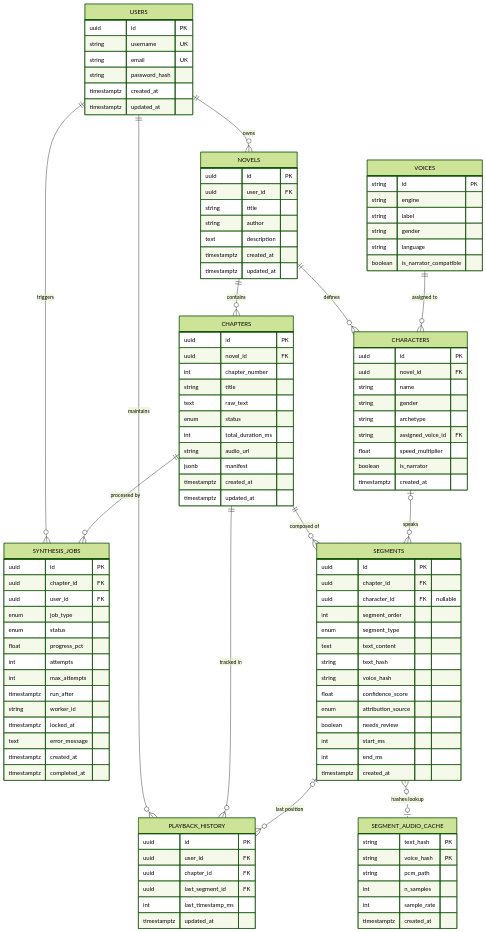
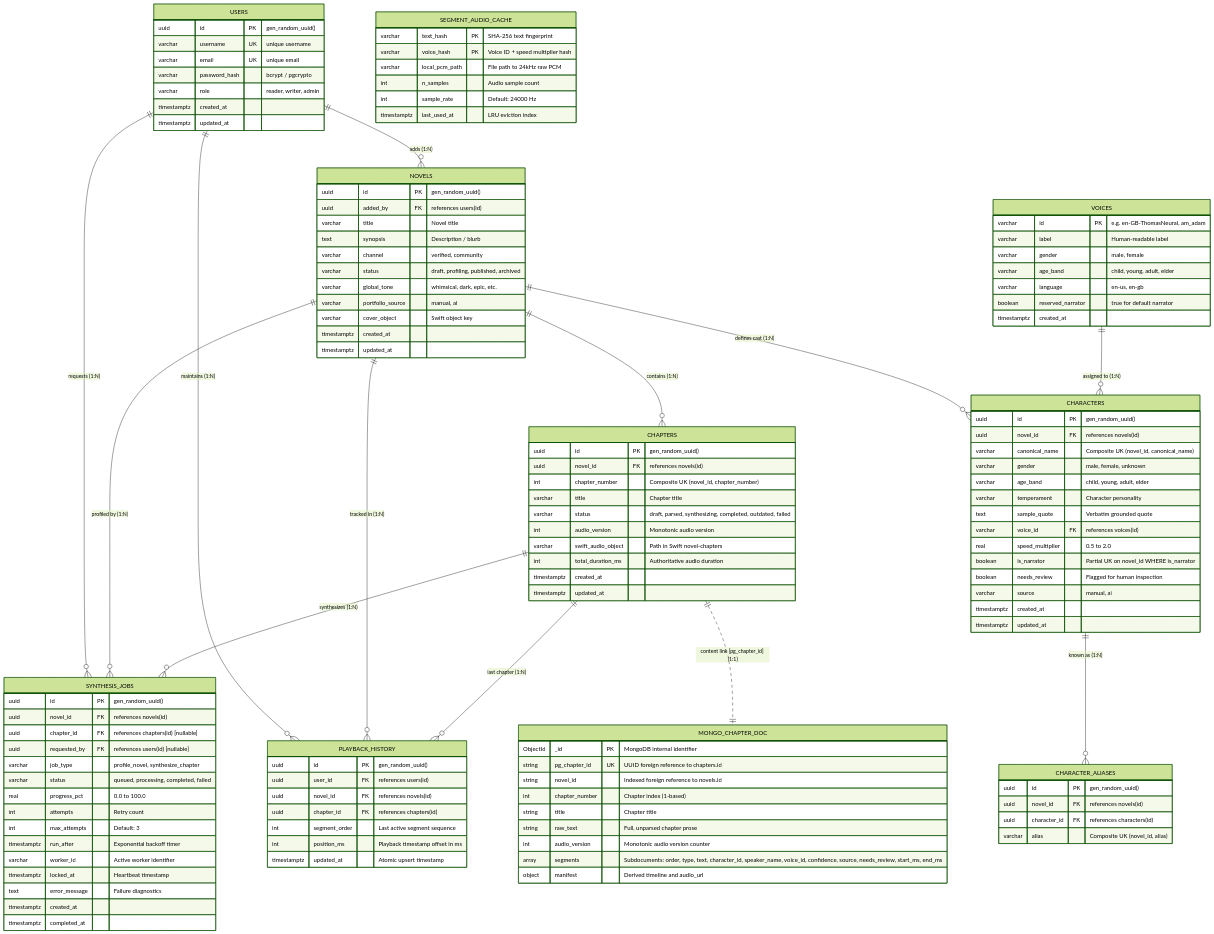
One commit to Faizan-902/SyncTone- changed the first of 4 diagrams in project.md. Above: the diagram before and after it, drawn with Mermaid (forest theme). The commit also changed other lines of this file and 19 other files, not shown here.

Commit message:
fix: resolve runtime config, worker job type, schema parity, and update Rev 8 architecture docs

````diff
--- a/project.md
+++ b/project.md
@@ -11,117 +30,138 @@
 ```mermaid
 erDiagram
-    USERS ||--o{ NOVELS : "owns"
-    USERS ||--o{ SYNTHESIS_JOBS : "triggers"
-    USERS ||--o{ PLAYBACK_HISTORY : "maintains"
+    USERS ||--o{ NOVELS : "adds (1:N)"
+    USERS ||--o{ SYNTHESIS_JOBS : "requests (1:N)"
+    USERS ||--o{ PLAYBACK_HISTORY : "maintains (1:N)"
 
-    NOVELS ||--o{ CHAPTERS : "contains"
-    NOVELS ||--o{ CHARACTERS : "defines"
+    NOVELS ||--o{ CHAPTERS : "contains (1:N)"
+    NOVELS ||--o{ CHARACTERS : "defines cast (1:N)"
+    NOVELS ||--o{ SYNTHESIS_JOBS : "profiled by (1:N)"
+    NOVELS ||--o{ PLAYBACK_HISTORY : "tracked in (1:N)"
 
-    VOICES ||--o{ CHARACTERS : "assigned to"
+    CHARACTERS ||--o{ CHARACTER_ALIASES : "known as (1:N)"
+    VOICES ||--o{ CHARACTERS : "assigned to (1:N)"
 
-    CHAPTERS ||--o{ SEGMENTS : "composed of"
-    CHAPTERS ||--o{ SYNTHESIS_JOBS : "processed by"
-    CHAPTERS ||--o{ PLAYBACK_HISTORY : "tracked in"
-
-    CHARACTERS |o--o{ SEGMENTS : "speaks"
-    SEGMENTS |o--o{ PLAYBACK_HISTORY : "last position"
-    SEGMENTS }o..o| SEGMENT_AUDIO_CACHE : "hashes lookup"
+    CHAPTERS ||--o{ SYNTHESIS_JOBS : "synthesizes (1:N)"
+    CHAPTERS ||--o{ PLAYBACK_HISTORY : "last chapter (1:N)"
+    CHAPTERS ||..|| MONGO_CHAPTER_DOC : "content link [pg_chapter_id] (1:1)"
 
     USERS {
-        uuid id PK
-        string username UK
-        string email UK
-        string password_hash
+        uuid id PK "gen_random_uuid()"
+        varchar username UK "unique username"
+        varchar email UK "unique email"
+        varchar password_hash "bcrypt / pgcrypto"
+        varchar role "reader, writer, admin"
         timestamptz created_at
         timestamptz updated_at
     }
+
     VOICES {
-        string id PK
-        string engine
-        string label
-        string gender
-        string language
-        boolean is_narrator_compatible
+        varchar id PK "e.g. en-GB-ThomasNeural, am_adam"
+        varchar label "Human-readable label"
+        varchar gender "male, female"
+        varchar age_band "child, young, adult, elder"
+        varchar language "en-us, en-gb"
+        boolean reserved_narrator "true for default narrator"
+        timestamptz created_at
     }
+
     NOVELS {
-        uuid id PK
-        uuid user_id FK
-        string title
-        string author
-        text description
+        uuid id PK "gen_random_uuid()"
+        uuid added_by FK "references users(id)"
+        varchar title "Novel title"
+        text synopsis "Description / blurb"
+        varchar channel "verified, community"
+        varchar status "draft, profiling, published, archived"
+        varchar global_tone "whimsical, dark, epic, etc."
+        varchar portfolio_source "manual, ai"
+        varchar cover_object "Swift object key"
         timestamptz created_at
         timestamptz updated_at
     }
-    CHARACTERS {
-        uuid id PK
-        uuid novel_id FK
-        string name
-        string gender
-        string archetype
-        string assigned_voice_id FK
-        float speed_multiplier
-        boolean is_narrator
-        timestamptz created_at
-    }
+
     CHAPTERS {
-        uuid id PK
-        uuid novel_id FK
-        int chapter_number
-        string title
-        text raw_text
-        enum status
-        int total_duration_ms
-        string audio_url
-        jsonb manifest
+        uuid id PK "gen_random_uuid()"
+        uuid novel_id FK "references novels(id)"
+        int chapter_number "Composite UK (novel_id, chapter_number)"
+        varchar title "Chapter title"
+        varchar status "draft, parsed, synthesizing, completed, outdated, failed"
+        int audio_version "Monotonic audio version"
+        varchar swift_audio_object "Path in Swift novel-chapters"
+        int total_duration_ms "Authoritative audio duration"
         timestamptz created_at
         timestamptz updated_at
     }
-    SEGMENTS {
-        uuid id PK
-        uuid chapter_id FK
-        uuid character_id FK "nullable"
-        int segment_order
-        enum segment_type
-        text text_content
-        string text_hash
-        string voice_hash
-        float confidence_score
-        enum attribution_source
-        boolean needs_review
-        int start_ms
-        int end_ms
+
+    CHARACTERS {
+        uuid id PK "gen_random_uuid()"
+        uuid novel_id FK "references novels(id)"
+        varchar canonical_name "Composite UK (novel_id, canonical_name)"
+        varchar gender "male, female, unknown"
+        varchar age_band "child, young, adult, elder"
+        varchar temperament "Character personality"
+        text sample_quote "Verbatim grounded quote"
+        varchar voice_id FK "references voices(id)"
+        real speed_multiplier "0.5 to 2.0"
+        boolean is_narrator "Partial UK on novel_id WHERE is_narrator"
+        boolean needs_review "Flagged for human inspection"
+        varchar source "manual, ai"
         timestamptz created_at
+        timestamptz updated_at
     }
-    SEGMENT_AUDIO_CACHE {
-        string text_hash PK
-        string voice_hash PK
-        string pcm_path
-        int n_samples
-        int sample_rate
-        timestamptz created_at
+
+    CHARACTER_ALIASES {
+        uuid id PK "gen_random_uuid()"
+        uuid novel_id FK "references novels(id)"
+        uuid character_id FK "references characters(id)"
+        varchar alias "Composite UK (novel_id, alias)"
     }
+
     SYNTHESIS_JOBS {
-        uuid id PK
-        uuid chapter_id FK
-        uuid user_id FK
-        enum job_type
-        enum status
-        float progress_pct
-        int attempts
-        int max_attempts
-        timestamptz run_after
-        string worker_id
-        timestamptz locked_at
-        text error_message
+        uuid id PK "gen_random_uuid()"
+        uuid novel_id FK "references novels(id)"
+        uuid chapter_id FK "references chapters(id) [nullable]"
+        uuid requested_by FK "references users(id) [nullable]"
+        varchar job_type "profile_novel, synthesize_chapter"
+        varchar status "queued, processing, completed, failed"
+        real progress_pct "0.0 to 100.0"
+        int attempts "Retry count"
+        int max_attempts "Default: 3"
+        timestamptz run_after "Exponential backoff timer"
+        varchar worker_id "Active worker identifier"
+        timestamptz locked_at "Heartbeat timestamp"
+        text error_message "Failure diagnostics"
         timestamptz created_at
         timestamptz completed_at
     }
+
+    SEGMENT_AUDIO_CACHE {
+        varchar text_hash PK "SHA-256 text fingerprint"
+        varchar voice_hash PK "Voice ID + speed multiplier hash"
+        varchar local_pcm_path "File path to 24kHz raw PCM"
+        int n_samples "Audio sample count"
+        int sample_rate "Default: 24000 Hz"
+        timestamptz last_used_at "LRU eviction index"
+    }
+
     PLAYBACK_HISTORY {
-        uuid id PK
-        uuid user_id FK
-        uuid chapter_id FK
-        uuid last_segment_id FK
-        int last_timestamp_ms
-        timestamptz updated_at
+        uuid id PK "gen_random_uuid()"
+        uuid user_id FK "references users(id)"
+        uuid novel_id FK "references novels(id)"
+        uuid chapter_id FK "references chapters(id)"
+        int segment_order "Last active segment sequence"
+        int position_ms "Playback timestamp offset in ms"
+        timestamptz updated_at "Atomic upsert timestamp"
+    }
+
+    MONGO_CHAPTER_DOC {
+        ObjectId _id PK "MongoDB internal identifier"
+        string pg_chapter_id UK "UUID foreign reference to chapters.id"
+        string novel_id "Indexed foreign reference to novels.id"
+        int chapter_number "Chapter index (1-based)"
+        string title "Chapter title"
+        string raw_text "Full, unparsed chapter prose"
+        int audio_version "Monotonic audio version counter"
+        array segments "Subdocuments: order, type, text, character_id, speaker_name, voice_id, confidence, source, needs_review, start_ms, end_ms"
+        object manifest "Derived timeline and audio_url"
     }
 ```
````
